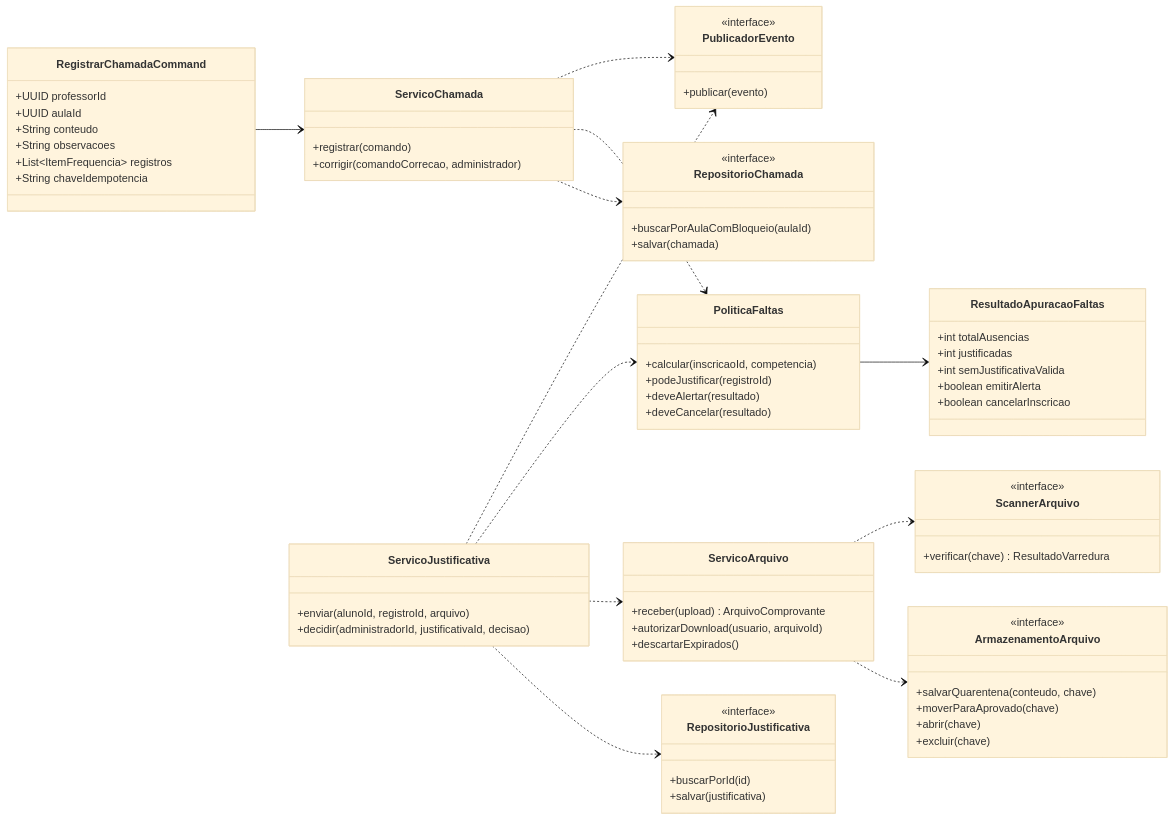
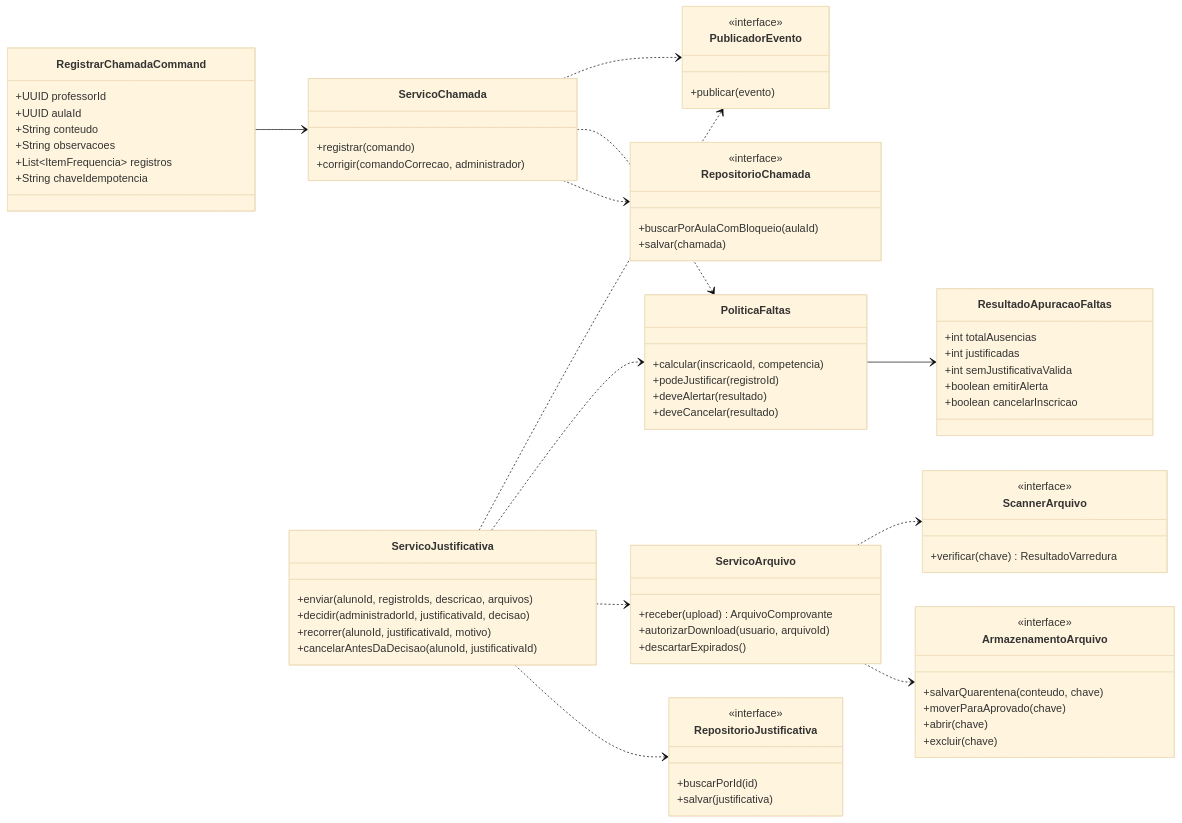
The seventh of 10 diagrams in docs/CLASSES_OU_COMPONENTES.md (HeitorLeite/SIDESP), drawn with Mermaid (base theme) before and after one commit. The commit also changed other lines of this file and 3 other files, not shown here.

```diff
--- a/docs/CLASSES_OU_COMPONENTES.md
+++ b/docs/CLASSES_OU_COMPONENTES.md
@@ -762,8 +961,10 @@
     }
 
     class ServicoJustificativa {
-        +enviar(alunoId, registroId, arquivo)
+        +enviar(alunoId, registroIds, descricao, arquivos)
         +decidir(administradorId, justificativaId, decisao)
+        +recorrer(alunoId, justificativaId, motivo)
+        +cancelarAntesDaDecisao(alunoId, justificativaId)
     }
 
     class PoliticaFaltas {
```
